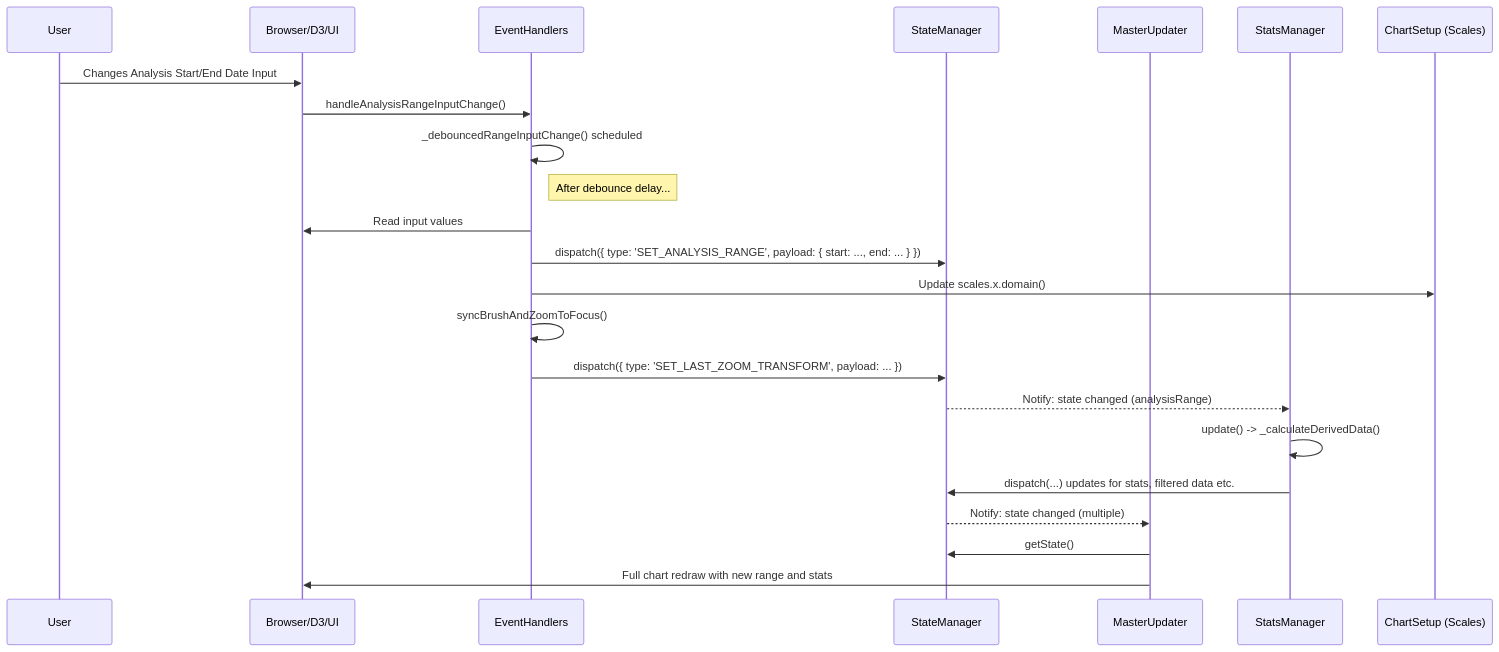
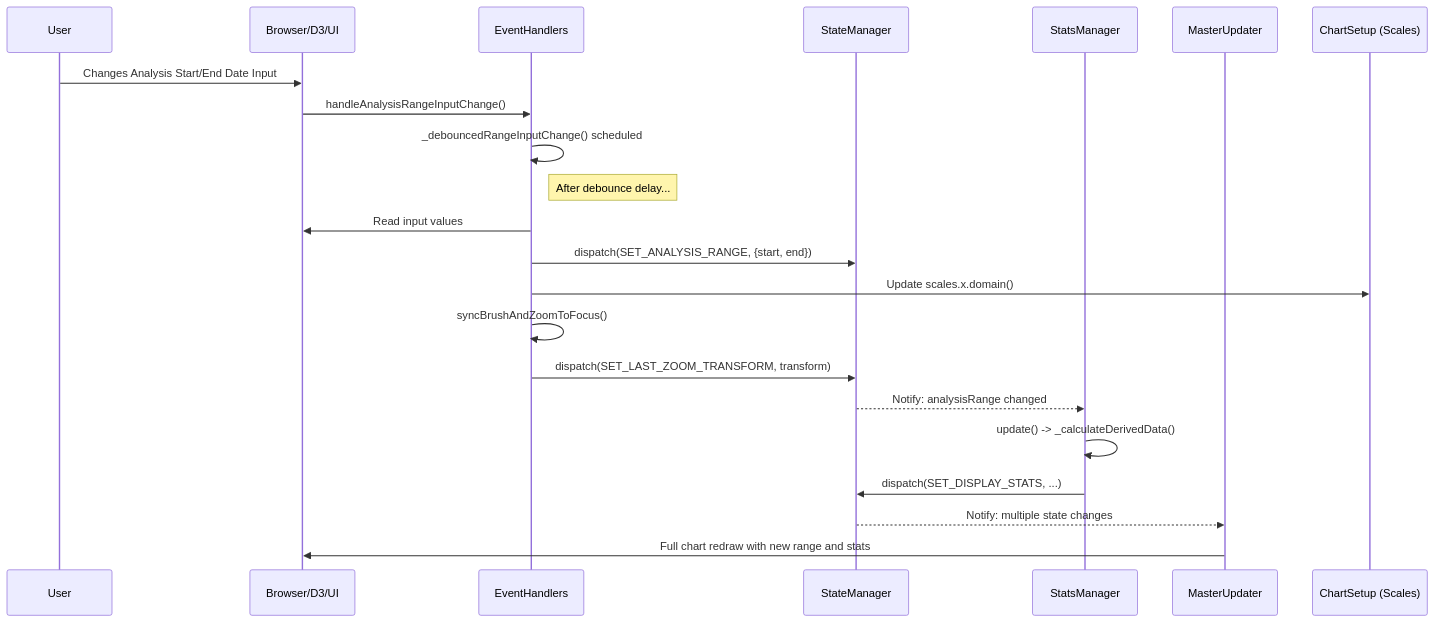
One commit to tomaszkaliciak/weight-insider changed the third of 18 diagrams in frontend/docs/program_flow.md. Above: the diagram before and after it, drawn with Mermaid. The commit also changed other lines of this file and 82 other files, not shown here.

````diff
--- a/frontend/docs/program_flow.md
+++ b/frontend/docs/program_flow.md
@@ -98,26 +109,25 @@
 ```mermaid
 sequenceDiagram
     participant User
     participant Browser/D3/UI
     participant EventHandlers
     participant StateManager
+    participant StatsManager
     participant MasterUpdater
-    participant StatsManager
     participant ChartSetup (Scales)
 
     User->>Browser/D3/UI: Changes Analysis Start/End Date Input
     Browser/D3/UI->>EventHandlers: handleAnalysisRangeInputChange()
     EventHandlers->>EventHandlers: _debouncedRangeInputChange() scheduled
     Note right of EventHandlers: After debounce delay...
     EventHandlers->>Browser/D3/UI: Read input values
-    EventHandlers->>StateManager: dispatch({ type: 'SET_ANALYSIS_RANGE', payload: { start: ..., end: ... } })
+    EventHandlers->>StateManager: dispatch(SET_ANALYSIS_RANGE, {start, end})
     EventHandlers->>ChartSetup (Scales): Update scales.x.domain()
     EventHandlers->>EventHandlers: syncBrushAndZoomToFocus()
-    EventHandlers->>StateManager: dispatch({ type: 'SET_LAST_ZOOM_TRANSFORM', payload: ... })
-    StateManager-->>StatsManager: Notify: state changed (analysisRange)
+    EventHandlers->>StateManager: dispatch(SET_LAST_ZOOM_TRANSFORM, transform)
+    StateManager-->>StatsManager: Notify: analysisRange changed
     StatsManager->>StatsManager: update() -> _calculateDerivedData()
-    StatsManager->>StateManager: dispatch(...) updates for stats, filtered data etc.
-    StateManager-->>MasterUpdater: Notify: state changed (multiple)
-    MasterUpdater->>StateManager: getState()
+    StatsManager->>StateManager: dispatch(SET_DISPLAY_STATS, ...)
+    StateManager-->>MasterUpdater: Notify: multiple state changes
     MasterUpdater->>Browser/D3/UI: Full chart redraw with new range and stats
 ```
````
